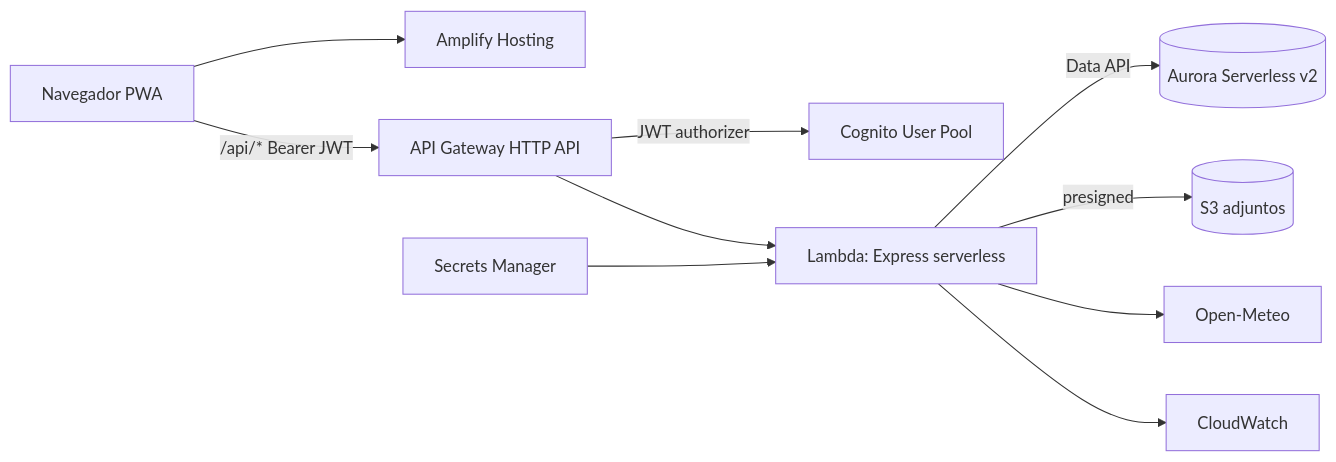
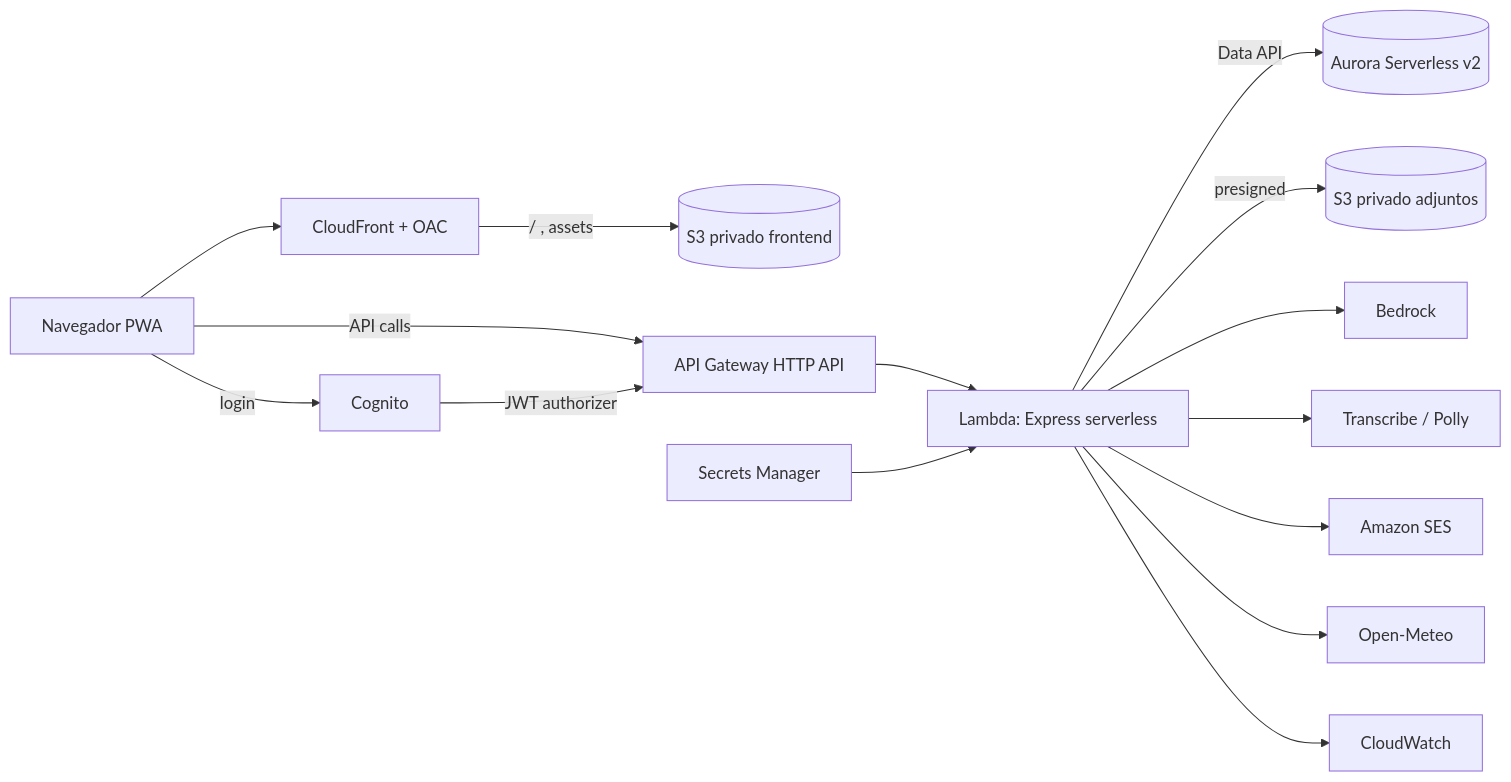
Before and after one commit to PedroD1265/Agrosbo-KIRO-AWS: the second of 2 diagrams in docs/architecture/current-and-target.md, drawn with Mermaid. The commit also changed other lines of this file and 12 other files, not shown here.

````diff
--- a/docs/architecture/current-and-target.md
+++ b/docs/architecture/current-and-target.md
@@ -52,12 +60,17 @@
 ```mermaid
 flowchart LR
-  U[Navegador PWA] --> AH[Amplify Hosting]
-  U -->|/api/* Bearer JWT| AGW[API Gateway HTTP API]
-  AGW -->|JWT authorizer| COG[Cognito User Pool]
+  U[Navegador PWA] --> CF[CloudFront + OAC]
+  CF -->|/ , assets| S3W[(S3 privado frontend)]
+  U -->|API calls| AGW[API Gateway HTTP API]
+  U -->|login| COG[Cognito]
+  COG -->|JWT authorizer| AGW
   AGW --> L[Lambda: Express serverless]
   L -->|Data API| AUR[(Aurora Serverless v2)]
-  L -->|presigned| S3U[(S3 adjuntos)]
+  L -->|presigned| S3U[(S3 privado adjuntos)]
+  L --> BK[Bedrock]
+  L --> TR[Transcribe / Polly]
+  L --> SES[Amazon SES]
   L --> OM[Open-Meteo]
   L --> CW[CloudWatch]
   SM[Secrets Manager] --> L
 ```
````
